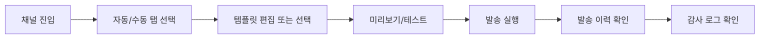
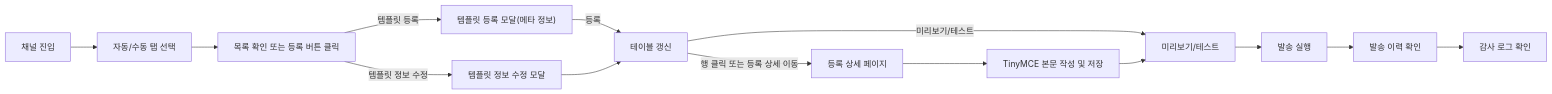
The third of 6 diagrams in docs/specs/admin-page-flows-mermaid.md (blackstarzck/topik-ai), drawn with Mermaid before and after one commit. The commit also changed 53 other files, not shown here.

````diff
--- a/docs/specs/admin-page-flows-mermaid.md
+++ b/docs/specs/admin-page-flows-mermaid.md
@@ -36,9 +36,16 @@
 ```mermaid
 flowchart LR
   A["채널 진입"] --> B["자동/수동 탭 선택"]
-  B --> C["템플릿 편집 또는 선택"]
-  C --> D["미리보기/테스트"]
-  D --> E["발송 실행"]
-  E --> F["발송 이력 확인"]
-  F --> G["감사 로그 확인"]
+  B --> C["목록 확인 또는 등록 버튼 클릭"]
+  C -->|"템플릿 등록"| D["템플릿 등록 모달(메타 정보)"]
+  D -->|"등록"| E["테이블 갱신"]
+  E -->|"행 클릭 또는 등록 상세 이동"| F["등록 상세 페이지"]
+  C -->|"템플릿 정보 수정"| G["템플릿 정보 수정 모달"]
+  G --> E
+  E -->|"미리보기/테스트"| I["미리보기/테스트"]
+  F --> H["TinyMCE 본문 작성 및 저장"]
+  H --> I
+  I --> J["발송 실행"]
+  J --> K["발송 이력 확인"]
+  K --> L["감사 로그 확인"]
 ```
````
